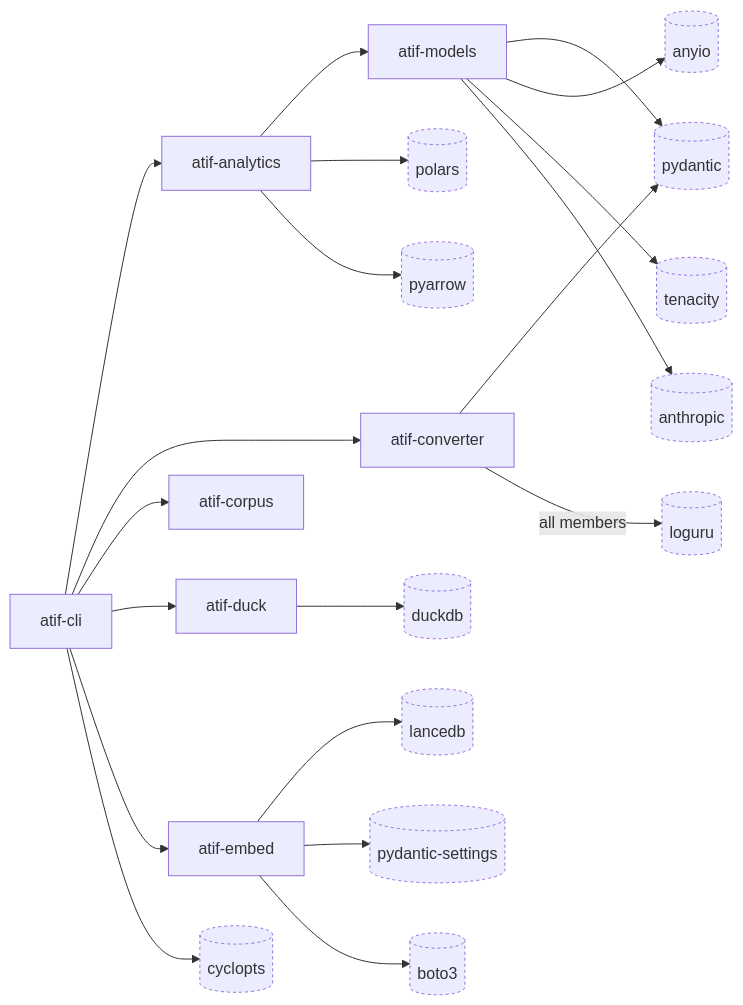
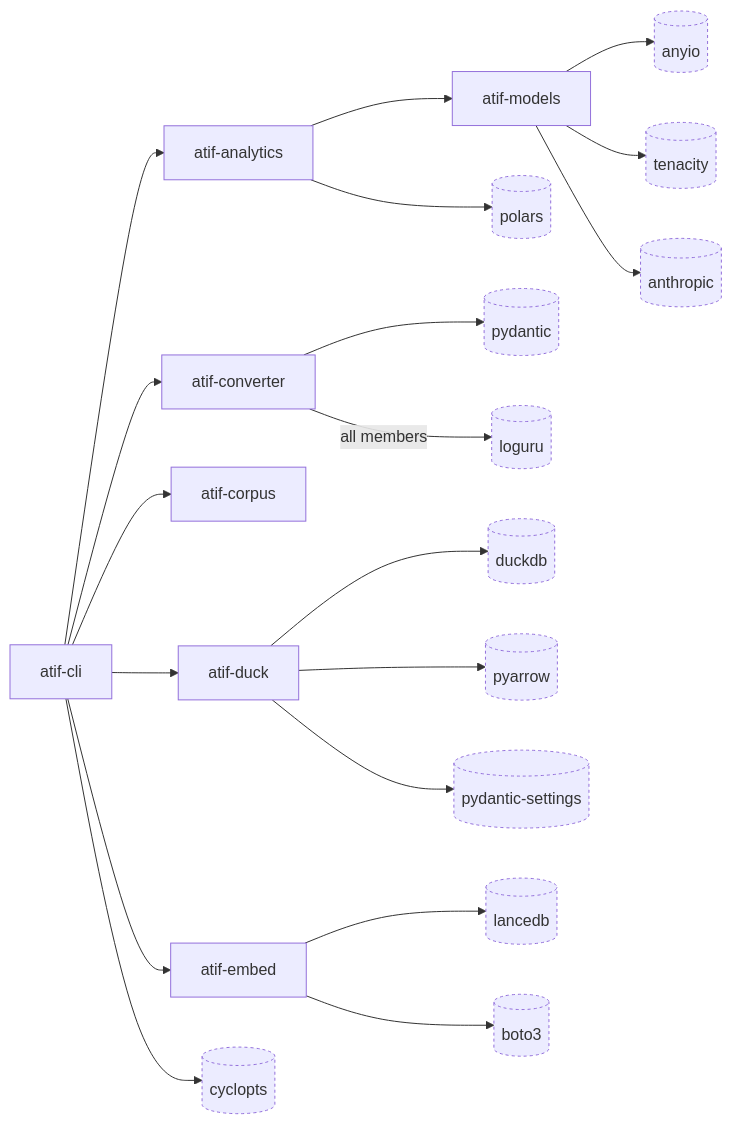
Before and after one commit to laithalsaadoon/atif-sql: the diagram in docs/diagrams/structural/dependency-graph.md, drawn with Mermaid. The commit also changed other lines of this file and 32 other files, not shown here.

````diff
--- a/docs/diagrams/structural/dependency-graph.md
+++ b/docs/diagrams/structural/dependency-graph.md
@@ -16,46 +16,45 @@
 ```mermaid
 flowchart LR
     cli[atif-cli]
     analytics[atif-analytics]
     converter[atif-converter]
     corpus[atif-corpus]
     duck[atif-duck]
     embed[atif-embed]
     models[atif-models]
 
     loguru[(loguru)]:::external
     polars[(polars)]:::external
     pydantic[(pydantic)]:::external
     duckdb[(duckdb)]:::external
     pydsettings[(pydantic-settings)]:::external
     tenacity[(tenacity)]:::external
     pyarrow[(pyarrow)]:::external
     lancedb[(lancedb)]:::external
     anyio[(anyio)]:::external
     cyclopts[(cyclopts)]:::external
     boto3[(boto3)]:::external
     anthropic[(anthropic)]:::external
 
     cli --> analytics
     cli --> converter
     cli --> corpus
     cli --> duck
     cli --> embed
     analytics --> models
 
     cli --> cyclopts
     converter --> pydantic
     duck --> duckdb
     converter -->|all members| loguru
     analytics --> polars
-    analytics --> pyarrow
+    duck --> pyarrow
     embed --> lancedb
-    embed --> pydsettings
+    duck --> pydsettings
     embed --> boto3
-    models --> pydantic
     models --> anyio
     models --> tenacity
     models --> anthropic
 
     classDef external stroke-dasharray: 3 3
 ```
````
